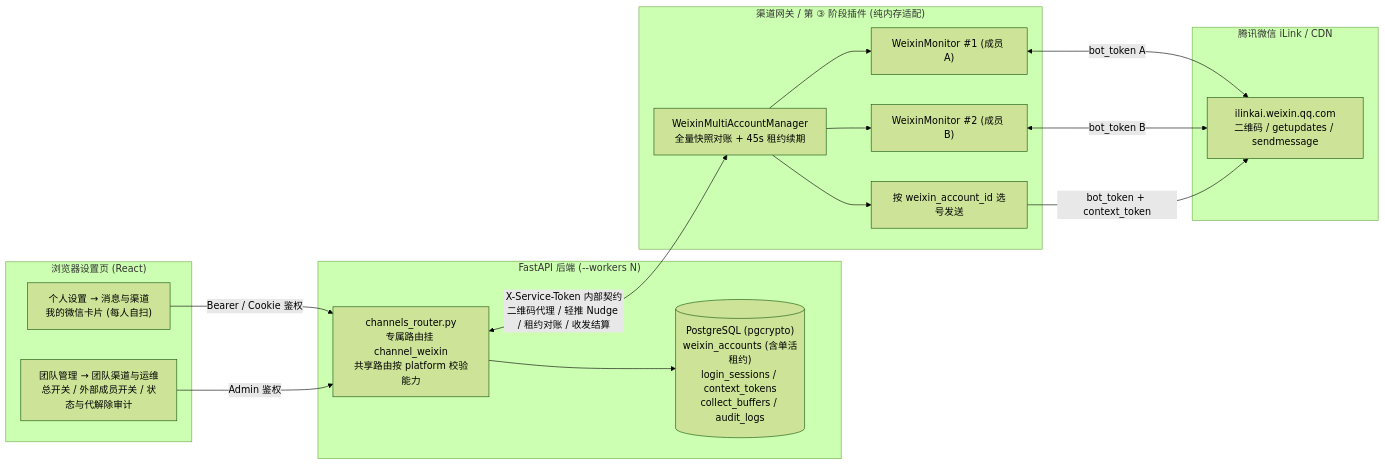
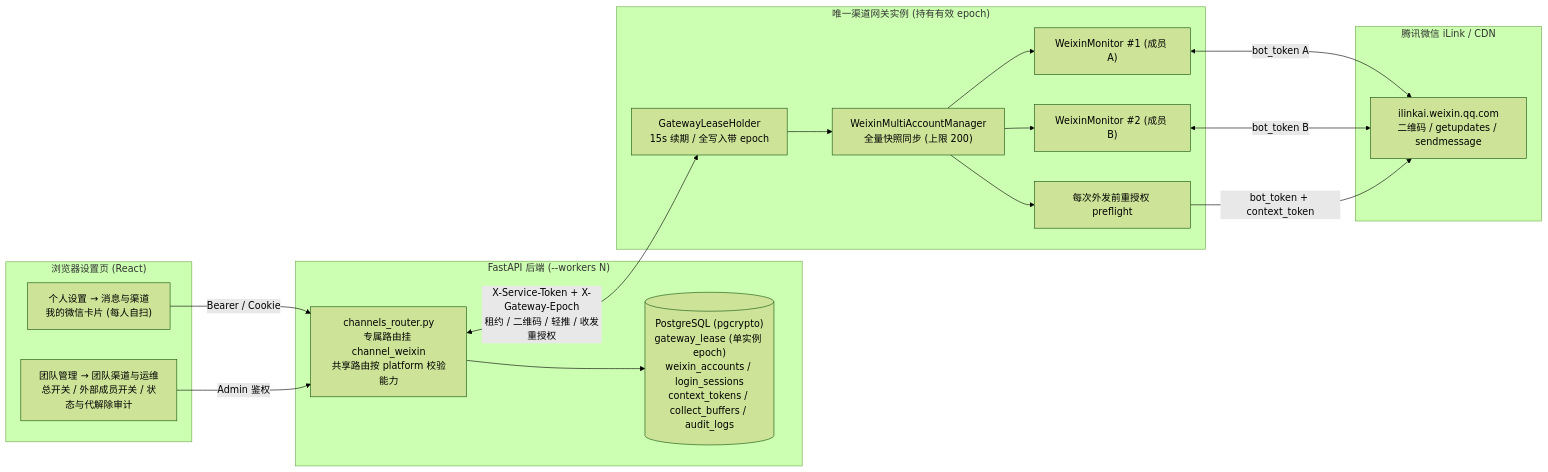
Before and after one commit to everflowinv/dalton-langalpha: the diagram in docs/dalton/features/weixin-multi-account.md, drawn with Mermaid (forest theme). The commit also changed other lines of this file, not shown here.

Commit message:
docs(weixin): multi-account design r3: one gateway per deployment, stopped upgrade, downgrade drops new objects

````diff
--- a/docs/dalton/features/weixin-multi-account.md
+++ b/docs/dalton/features/weixin-multi-account.md
@@ -41,34 +42,36 @@
 ```mermaid
 flowchart LR
     subgraph Browser["浏览器设置页 (React)"]
         MemberUI["个人设置 → 消息与渠道<br/>我的微信卡片 (每人自扫)"]
         AdminUI["团队管理 → 团队渠道与运维<br/>总开关 / 外部成员开关 / 状态与代解除审计"]
     end
 
     subgraph Backend["FastAPI 后端 (--workers N)"]
         Router["channels_router.py<br/>专属路由挂 channel_weixin<br/>共享路由按 platform 校验能力"]
-        DB[("PostgreSQL (pgcrypto)<br/>weixin_accounts (含单活租约)<br/>login_sessions / context_tokens<br/>collect_buffers / audit_logs")]
+        DB[("PostgreSQL (pgcrypto)<br/>gateway_lease (单实例 epoch)<br/>weixin_accounts / login_sessions<br/>context_tokens / collect_buffers / audit_logs")]
         Router --> DB
     end
 
-    subgraph Gateway["渠道网关 / 第 ③ 阶段插件 (纯内存适配)"]
-        Mgr["WeixinMultiAccountManager<br/>全量快照对账 + 45s 租约续期"]
+    subgraph Gateway["唯一渠道网关实例 (持有有效 epoch)"]
+        Lease["GatewayLeaseHolder<br/>15s 续期 / 全写入带 epoch"]
+        Mgr["WeixinMultiAccountManager<br/>全量快照同步 (上限 200)"]
         M1["WeixinMonitor #1 (成员 A)"]
         M2["WeixinMonitor #2 (成员 B)"]
-        Send["按 weixin_account_id 选号发送"]
+        Send["每次外发前重授权 preflight"]
+        Lease --> Mgr
         Mgr --> M1
         Mgr --> M2
         Mgr --> Send
     end
 
     subgraph WeChat["腾讯微信 iLink / CDN"]
         ILink["ilinkai.weixin.qq.com<br/>二维码 / getupdates / sendmessage"]
     end
 
-    MemberUI -->|"Bearer / Cookie 鉴权"| Router
+    MemberUI -->|"Bearer / Cookie"| Router
     AdminUI -->|"Admin 鉴权"| Router
-    Router <-->|"X-Service-Token 内部契约<br/>二维码代理 / 轻推 Nudge / 租约对账 / 收发结算"| Mgr
+    Router <-->|"X-Service-Token + X-Gateway-Epoch<br/>租约 / 二维码 / 轻推 / 收发重授权"| Lease
     M1 <-->|"bot_token A"| ILink
     M2 <-->|"bot_token B"| ILink
     Send -->|"bot_token + context_token"| ILink
 ```
````
